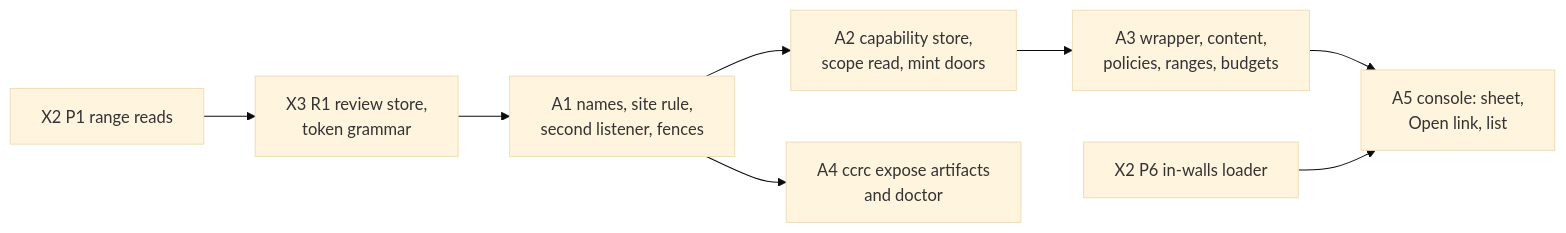
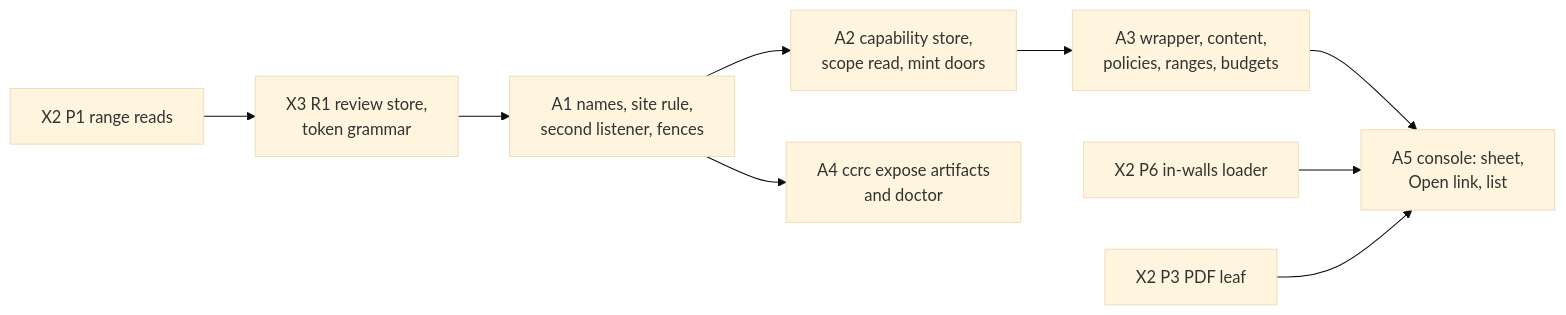
Before and after one commit to Synapsium-Labs/ccrc-pwa: the diagram in docs/superpowers/plans/2026-11-19-native-docs-html-artifacts.md, drawn with Mermaid (base theme). The commit also changed other lines of this file and 1 other file, not shown here.

````diff
--- a/docs/superpowers/plans/2026-11-19-native-docs-html-artifacts.md
+++ b/docs/superpowers/plans/2026-11-19-native-docs-html-artifacts.md
@@ -49,10 +49,11 @@
 ```mermaid
 flowchart LR
   P1["X2 P1 range reads"] --> R1["X3 R1 review store,<br/>token grammar"]
   R1 --> A1["A1 names, site rule,<br/>second listener, fences"]
   A1 --> A2["A2 capability store,<br/>scope read, mint doors"]
   A1 --> A4["A4 ccrc expose artifacts<br/>and doctor"]
   A2 --> A3["A3 wrapper, content,<br/>policies, ranges, budgets"]
   A3 --> A5["A5 console: sheet,<br/>Open link, list"]
   P6["X2 P6 in-walls loader"] --> A5
+  P3["X2 P3 PDF leaf"] --> A5
 ```
````
